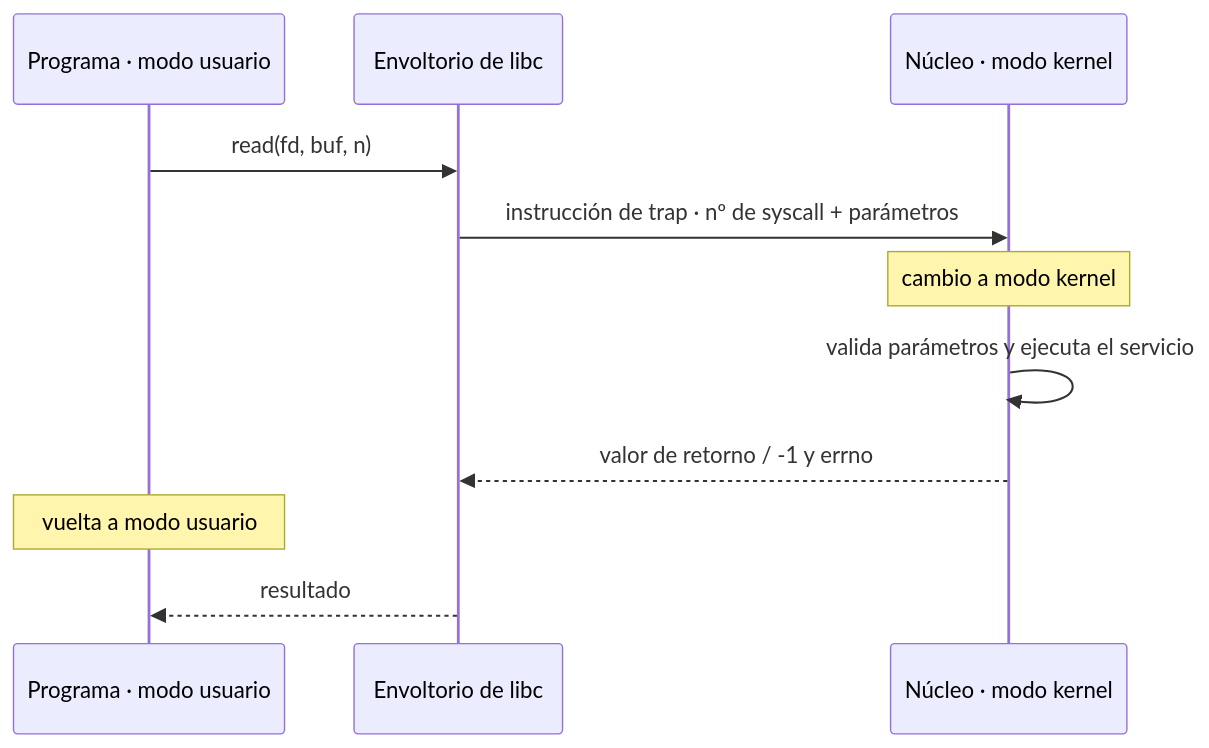
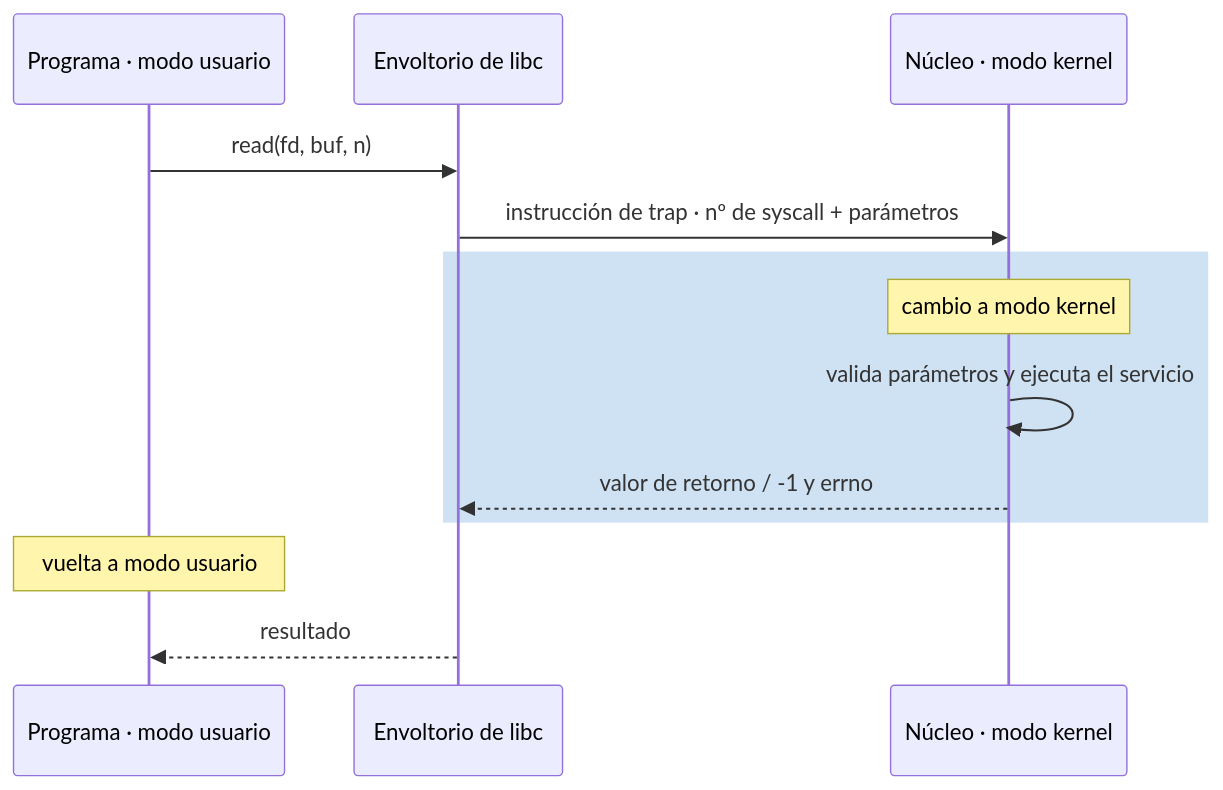
One commit to asiermarzo/ssoo changed the first of 3 diagrams in TEORIA/02-espacio-usuario-espacio-kernel/README.md. Above: the diagram before and after it, drawn with Mermaid. The commit also changed other lines of this file and 25 other files, not shown here.

Commit message:
refinado de diagramas mermaid y svg

````diff
--- a/TEORIA/02-espacio-usuario-espacio-kernel/README.md
+++ b/TEORIA/02-espacio-usuario-espacio-kernel/README.md
@@ -15,13 +15,15 @@
 ```mermaid
 sequenceDiagram
     participant U as Programa · modo usuario
     participant W as Envoltorio de libc
     participant K as Núcleo · modo kernel
     U->>W: read(fd, buf, n)
     W->>K: instrucción de trap · nº de syscall + parámetros
-    Note over K: cambio a modo kernel
-    K->>K: valida parámetros y ejecuta el servicio
-    K-->>W: valor de retorno / -1 y errno
+    rect rgb(207, 226, 243)
+        Note over K: cambio a modo kernel
+        K->>K: valida parámetros y ejecuta el servicio
+        K-->>W: valor de retorno / -1 y errno
+    end
     Note over U: vuelta a modo usuario
     W-->>U: resultado
 ```
````
